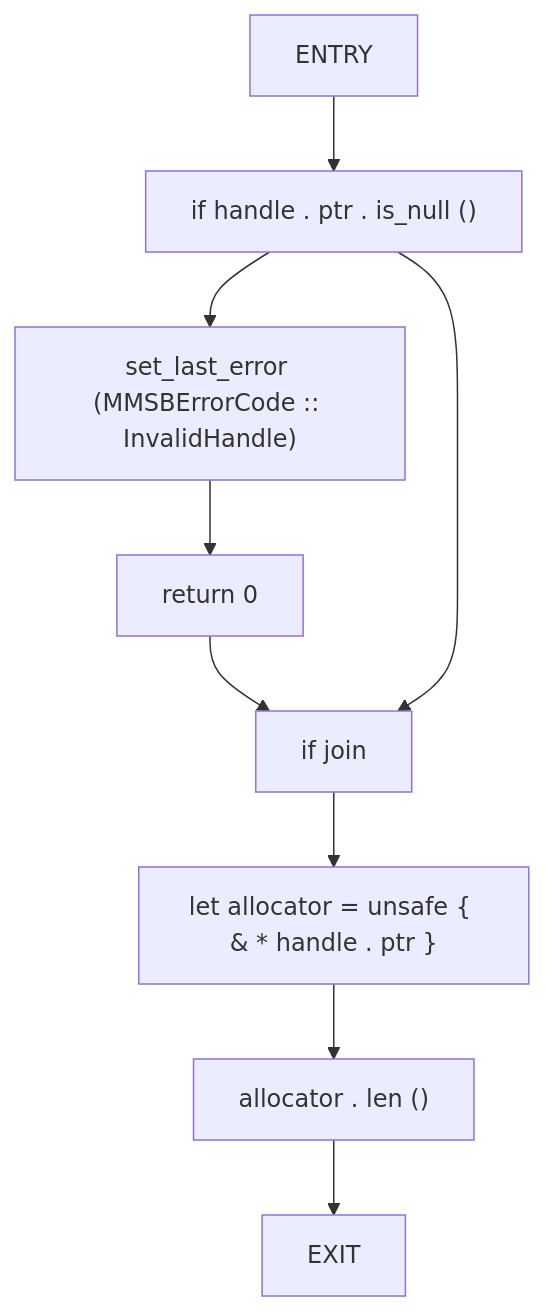
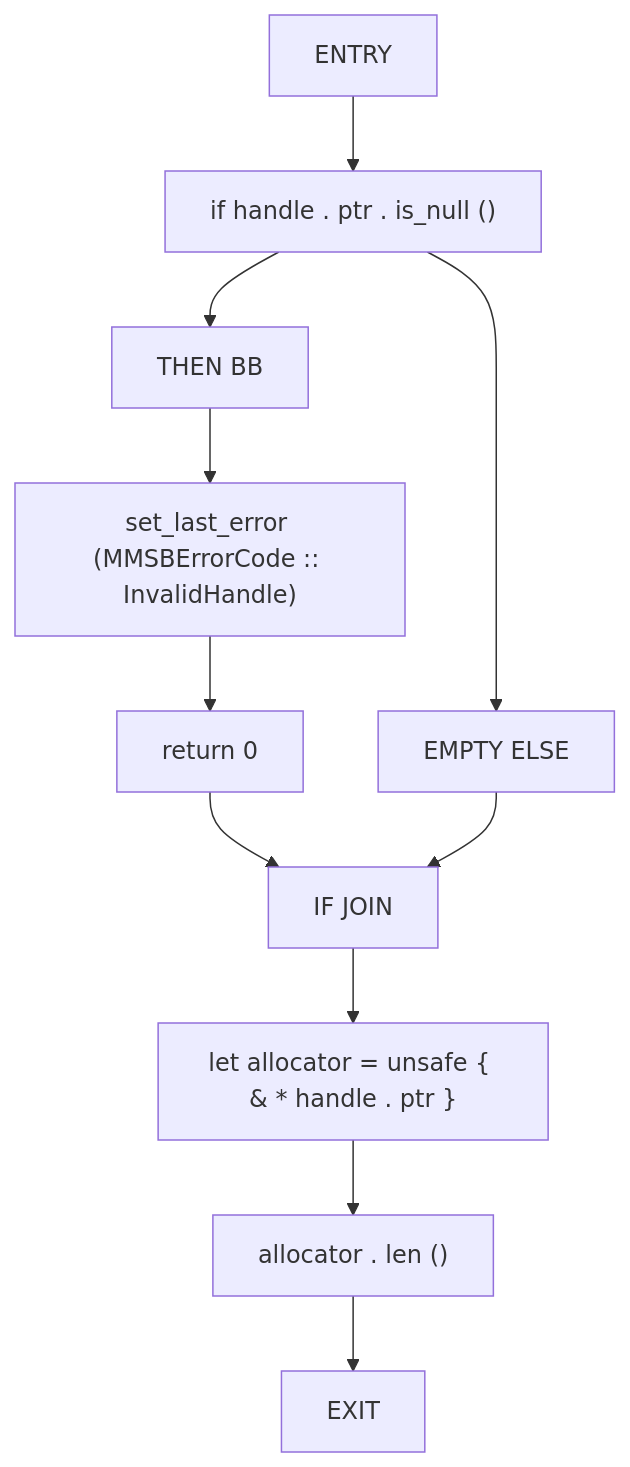
The tenth of 56 diagrams in docs/analysis/cfg/080-src-ffi_rs.md (cicero-violate/MMSB), drawn with Mermaid before and after one commit. The commit also changed other lines of this file and 865 other files, not shown here.

````diff
--- a/docs/analysis/cfg/080-src-ffi_rs.md
+++ b/docs/analysis/cfg/080-src-ffi_rs.md
@@ -300,19 +328,23 @@
 ```mermaid
 flowchart TD
     mmsb_allocator_page_count_0["ENTRY"]
     mmsb_allocator_page_count_1["if handle . ptr . is_null ()"]
-    mmsb_allocator_page_count_2["set_last_error (MMSBErrorCode :: InvalidHandle)"]
-    mmsb_allocator_page_count_3["return 0"]
-    mmsb_allocator_page_count_4["if join"]
-    mmsb_allocator_page_count_5["let allocator = unsafe { & * handle . ptr }"]
-    mmsb_allocator_page_count_6["allocator . len ()"]
-    mmsb_allocator_page_count_7["EXIT"]
+    mmsb_allocator_page_count_2["THEN BB"]
+    mmsb_allocator_page_count_3["set_last_error (MMSBErrorCode :: InvalidHandle)"]
+    mmsb_allocator_page_count_4["return 0"]
+    mmsb_allocator_page_count_5["EMPTY ELSE"]
+    mmsb_allocator_page_count_6["IF JOIN"]
+    mmsb_allocator_page_count_7["let allocator = unsafe { & * handle . ptr }"]
+    mmsb_allocator_page_count_8["allocator . len ()"]
+    mmsb_allocator_page_count_9["EXIT"]
     mmsb_allocator_page_count_0 --> mmsb_allocator_page_count_1
     mmsb_allocator_page_count_1 --> mmsb_allocator_page_count_2
     mmsb_allocator_page_count_2 --> mmsb_allocator_page_count_3
     mmsb_allocator_page_count_3 --> mmsb_allocator_page_count_4
-    mmsb_allocator_page_count_1 --> mmsb_allocator_page_count_4
-    mmsb_allocator_page_count_4 --> mmsb_allocator_page_count_5
+    mmsb_allocator_page_count_1 --> mmsb_allocator_page_count_5
+    mmsb_allocator_page_count_4 --> mmsb_allocator_page_count_6
     mmsb_allocator_page_count_5 --> mmsb_allocator_page_count_6
     mmsb_allocator_page_count_6 --> mmsb_allocator_page_count_7
+    mmsb_allocator_page_count_7 --> mmsb_allocator_page_count_8
+    mmsb_allocator_page_count_8 --> mmsb_allocator_page_count_9
 ```
````
